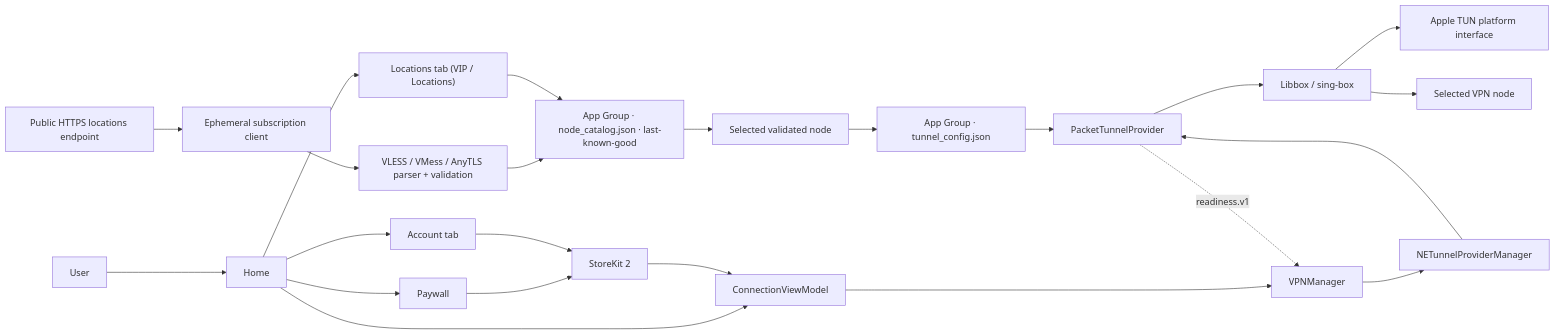
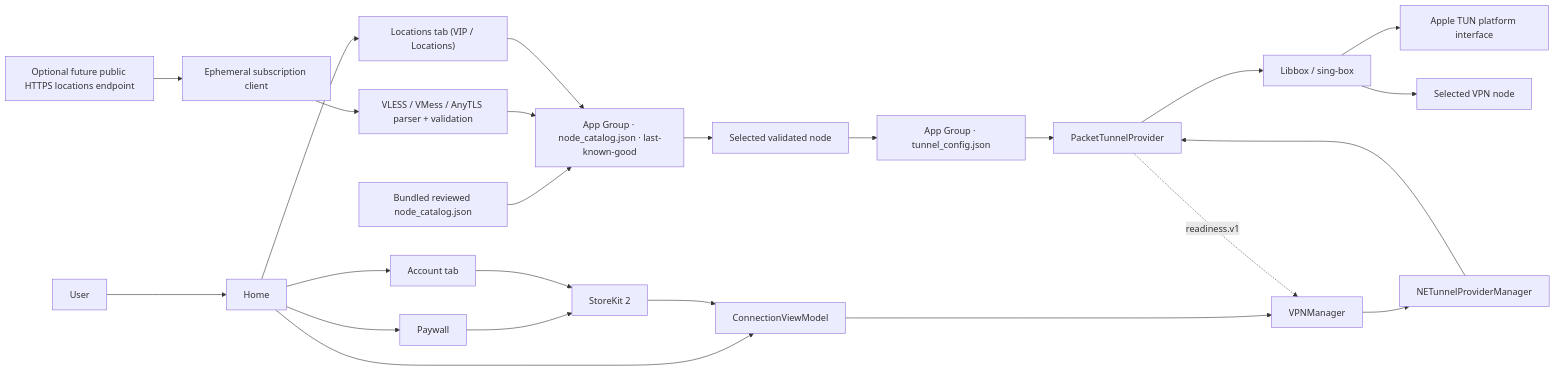
Before and after one commit to oversea-starups/aster-vpn-ios: the diagram in docs/ARCHITECTURE.md, drawn with Mermaid. The commit also changed other lines of this file and 8 other files, not shown here.

````diff
--- a/docs/ARCHITECTURE.md
+++ b/docs/ARCHITECTURE.md
@@ -12,28 +12,29 @@
 ```mermaid
 flowchart LR
     U["User"] --> UI["Home"]
     UI --> LOC["Locations tab (VIP / Locations)"]
     UI --> ACC["Account tab"]
     UI --> PAY["Paywall"]
 
-    FEED["Public HTTPS locations endpoint"] --> HTTP["Ephemeral subscription client"]
+    FEED["Optional future public HTTPS locations endpoint"] --> HTTP["Ephemeral subscription client"]
     HTTP --> PARSE["VLESS / VMess / AnyTLS parser + validation"]
-    PARSE --> CAT["App Group · node_catalog.json · last-known-good"]
+    BUNDLE["Bundled reviewed node_catalog.json"] --> CAT["App Group · node_catalog.json · last-known-good"]
+    PARSE --> CAT
     LOC --> CAT
     CAT --> SELECT["Selected validated node"]
     SELECT --> CFG["App Group · tunnel_config.json"]
 
     PAY --> SK["StoreKit 2"]
     ACC --> SK
 
     UI --> VM["ConnectionViewModel"]
     SK --> VM
     VM --> VPN["VPNManager"]
     VPN --> NE["NETunnelProviderManager"]
     CFG --> EXT["PacketTunnelProvider"]
     NE --> EXT
     EXT --> LIB["Libbox / sing-box"]
     LIB --> TUN["Apple TUN platform interface"]
     EXT -. "readiness.v1" .-> VPN
     LIB --> NODE["Selected VPN node"]
 ```
````
